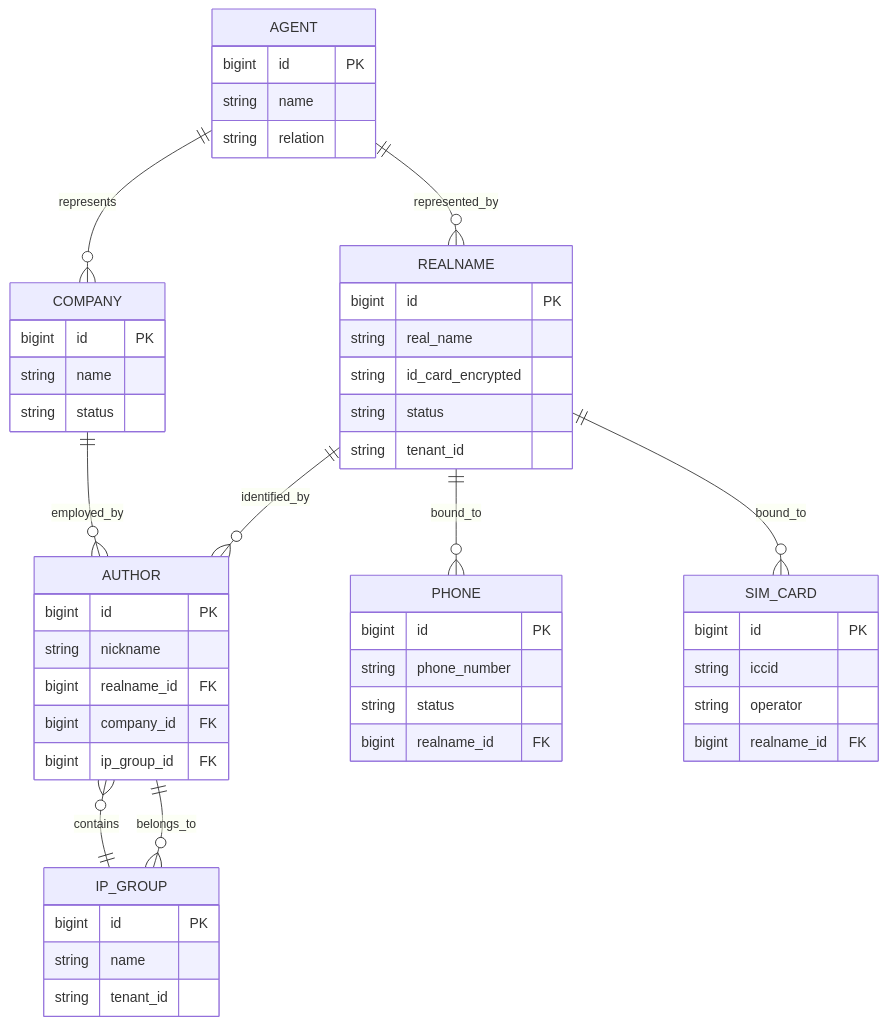
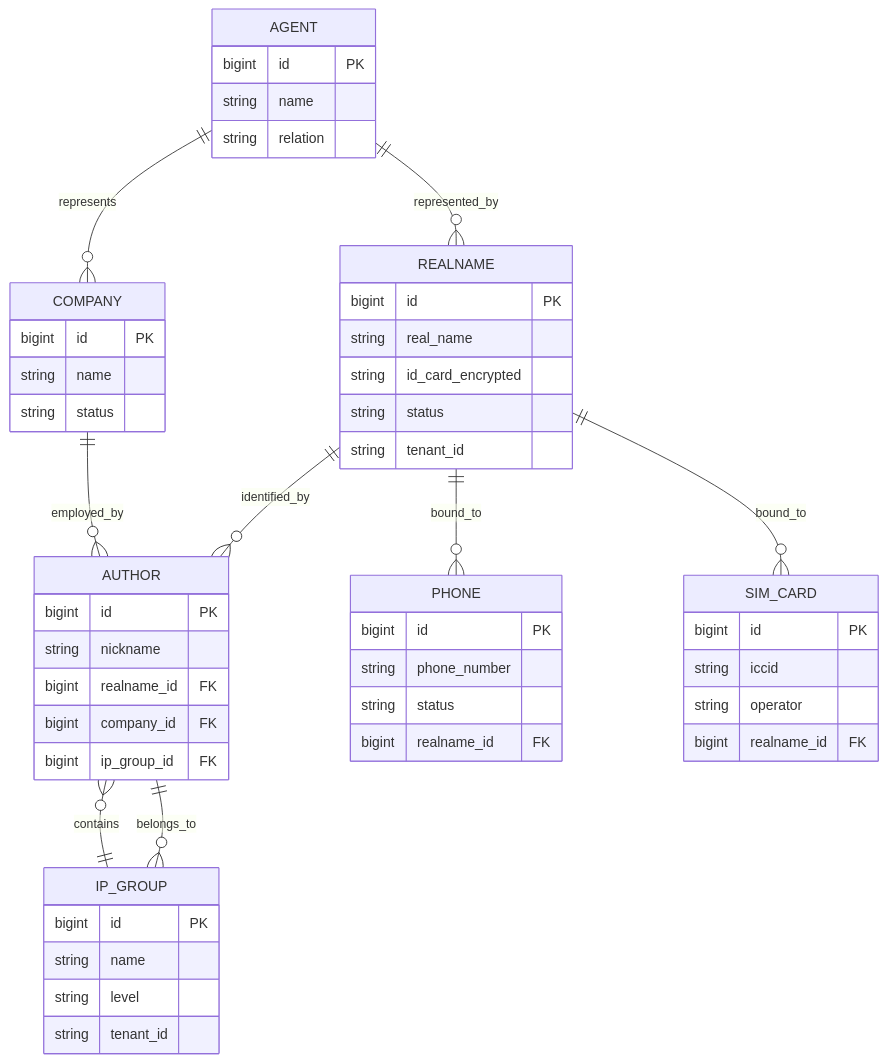
The diagram in docs/product/PRD-M1-运营管理.md (donnyskyWu/wd-ops), drawn with Mermaid before and after one commit. The commit also changed other lines of this file and 672 other files, not shown here.

````diff
--- a/docs/product/PRD-M1-运营管理.md
+++ b/docs/product/PRD-M1-运营管理.md
@@ -642,53 +660,54 @@
 ```mermaid
 erDiagram
     REALNAME ||--o{ AUTHOR : identified_by
     REALNAME ||--o{ PHONE : bound_to
     REALNAME ||--o{ SIM_CARD : bound_to
     AUTHOR ||--o{ IP_GROUP : belongs_to
     COMPANY ||--o{ AUTHOR : employed_by
     IP_GROUP ||--o{ AUTHOR : contains
     AGENT ||--o{ REALNAME : represented_by
     AGENT ||--o{ COMPANY : represents
 
     REALNAME {
         bigint id PK
         string real_name
         string id_card_encrypted
         string status
         string tenant_id
     }
     PHONE {
         bigint id PK
         string phone_number
         string status
         bigint realname_id FK
     }
     SIM_CARD {
         bigint id PK
         string iccid
         string operator
         bigint realname_id FK
     }
     AUTHOR {
         bigint id PK
         string nickname
         bigint realname_id FK
         bigint company_id FK
         bigint ip_group_id FK
     }
     COMPANY {
         bigint id PK
         string name
         string status
     }
     IP_GROUP {
         bigint id PK
         string name
+        string level
         string tenant_id
     }
     AGENT {
         bigint id PK
         string name
         string relation
     }
 ```
````
